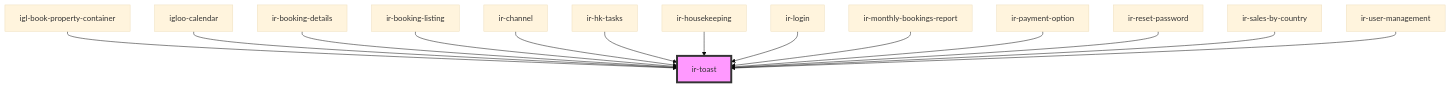
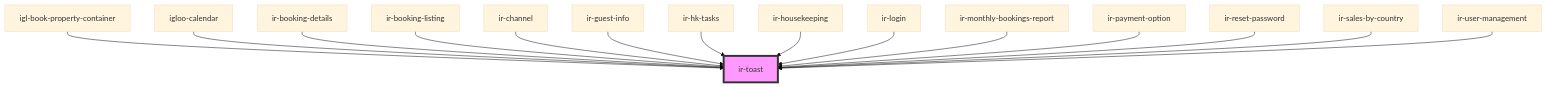
Before and after one commit to RonyRizk/ir-webcmp: the diagram in src/components/ui/ir-toast/readme.md, drawn with Mermaid (base theme). The commit also changed other lines of this file and 48 other files, not shown here.

````diff
--- a/src/components/ui/ir-toast/readme.md
+++ b/src/components/ui/ir-toast/readme.md
@@ -34,17 +35,18 @@
 ```mermaid
 graph TD;
   igl-book-property-container --> ir-toast
   igloo-calendar --> ir-toast
   ir-booking-details --> ir-toast
   ir-booking-listing --> ir-toast
   ir-channel --> ir-toast
+  ir-guest-info --> ir-toast
   ir-hk-tasks --> ir-toast
   ir-housekeeping --> ir-toast
   ir-login --> ir-toast
   ir-monthly-bookings-report --> ir-toast
   ir-payment-option --> ir-toast
   ir-reset-password --> ir-toast
   ir-sales-by-country --> ir-toast
   ir-user-management --> ir-toast
   style ir-toast fill:#f9f,stroke:#333,stroke-width:4px
 ```
````
